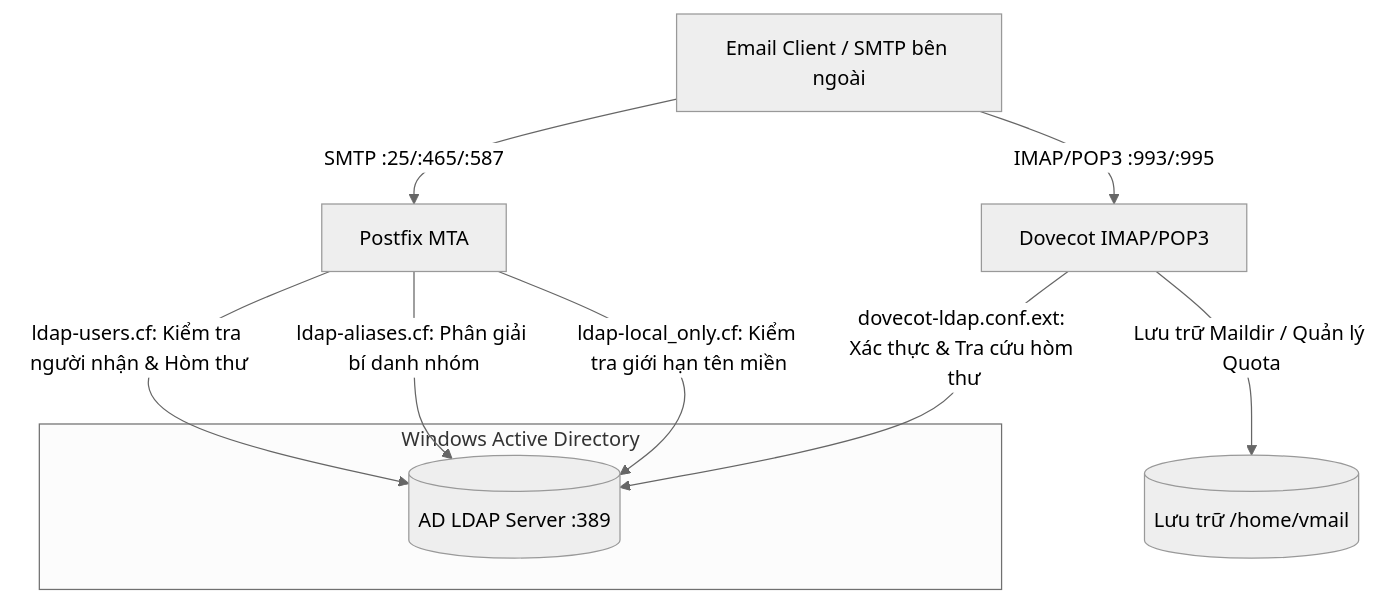
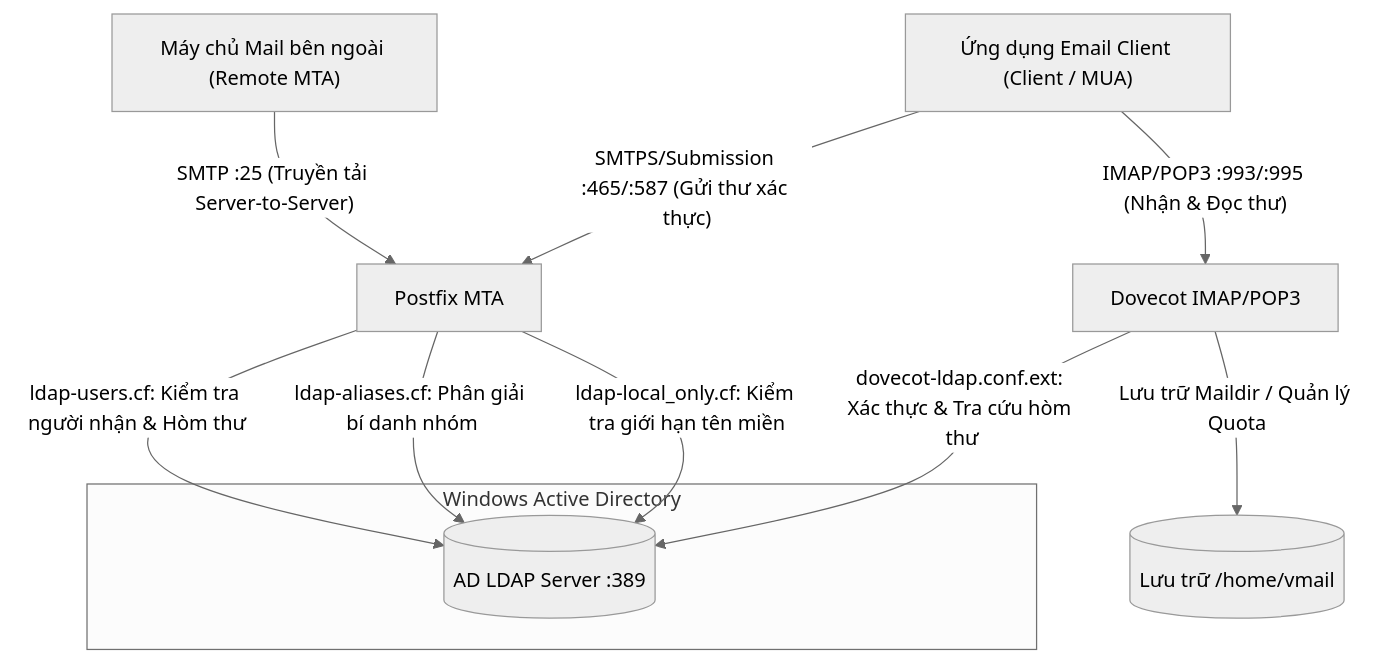
The first of 3 diagrams in ARCHITECTURE.vi.md (WilliamFromTW/docker-Postfix-AD), drawn with Mermaid (neutral theme) before and after one commit. The commit also changed 4 other files, not shown here.

Commit message:
docs: separate Port 25 server relay and Port 465/587 client submission in architecture diagrams

````diff
--- a/ARCHITECTURE.vi.md
+++ b/ARCHITECTURE.vi.md
@@ -21,15 +21,16 @@
 ```mermaid
 graph TD
-    Client["Email Client / SMTP bên ngoài"] -->|SMTP :25/:465/:587| Postfix["Postfix MTA"]
-    Client -->|IMAP/POP3 :993/:995| Dovecot["Dovecot IMAP/POP3"]
+    RemoteMTA["Máy chủ Mail bên ngoài (Remote MTA)"] -->|"SMTP :25 (Truyền tải Server-to-Server)"| Postfix["Postfix MTA"]
+    Client["Ứng dụng Email Client (Client / MUA)"] -->|"SMTPS/Submission :465/:587 (Gửi thư xác thực)"| Postfix
+    Client -->|"IMAP/POP3 :993/:995 (Nhận & Đọc thư)"| Dovecot["Dovecot IMAP/POP3"]
     
     subgraph AD_DC ["Windows Active Directory"]
         AD[("AD LDAP Server :389")]
     end
 
     Postfix -->|ldap-users.cf: Kiểm tra người nhận & Hòm thư| AD
     Postfix -->|ldap-aliases.cf: Phân giải bí danh nhóm| AD
     Postfix -->|ldap-local_only.cf: Kiểm tra giới hạn tên miền| AD
     Dovecot -->|dovecot-ldap.conf.ext: Xác thực & Tra cứu hòm thư| AD
     Dovecot -->|Lưu trữ Maildir / Quản lý Quota| VMail[("Lưu trữ /home/vmail")]
 ```
````
